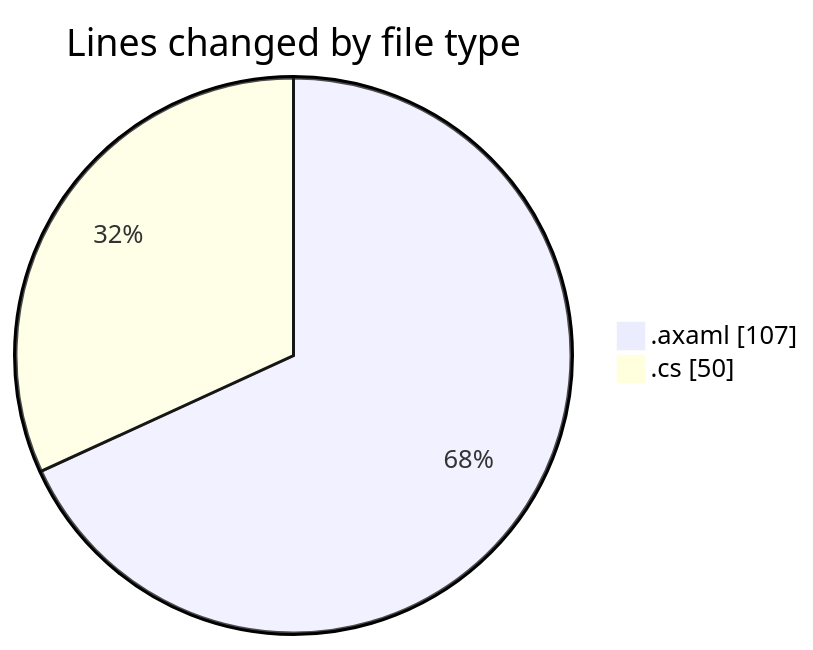
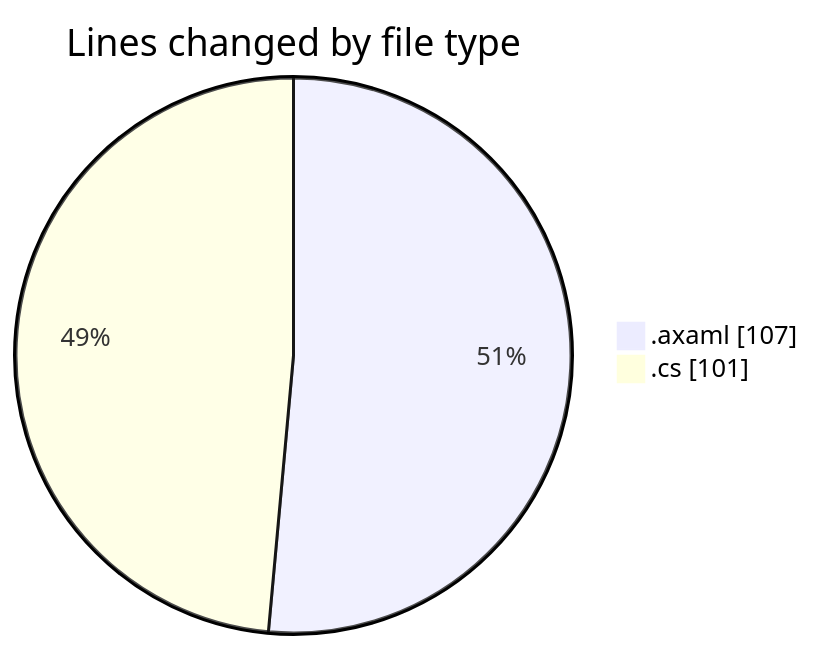
One commit to Netris89/code-tracking changed the first of 2 diagrams in 2025-10-29/skintrack/README.md. Above: the diagram before and after it, drawn with Mermaid. The commit also changed other lines of this file and 1 other file, not shown here.

````diff
--- a/2025-10-29/skintrack/README.md
+++ b/2025-10-29/skintrack/README.md
@@ -24,6 +25,6 @@
 ```mermaid
 pie showData
 title Lines changed by file type
 ".axaml" : 107
-".cs" : 50
+".cs" : 101
 ```
````
